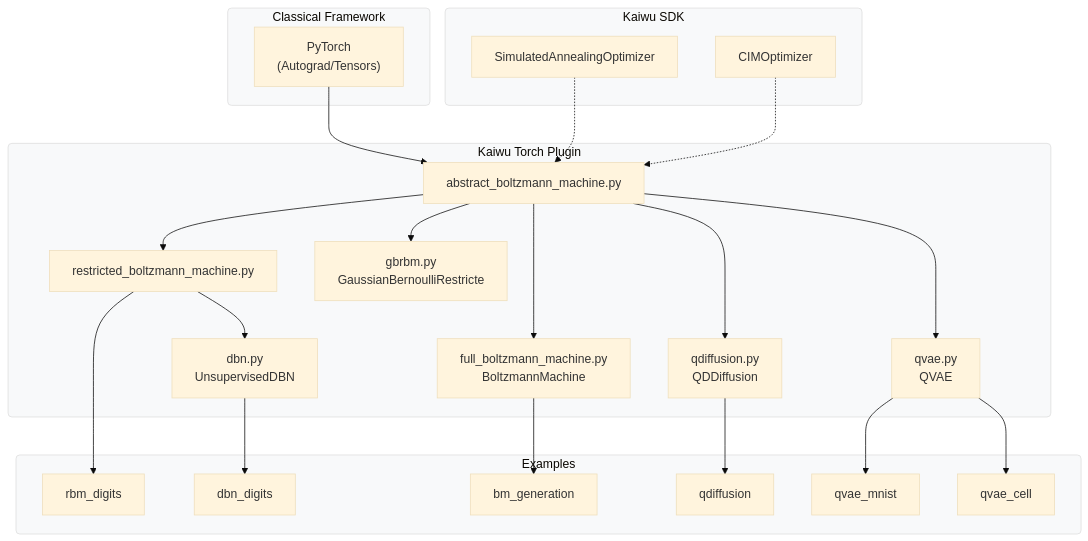
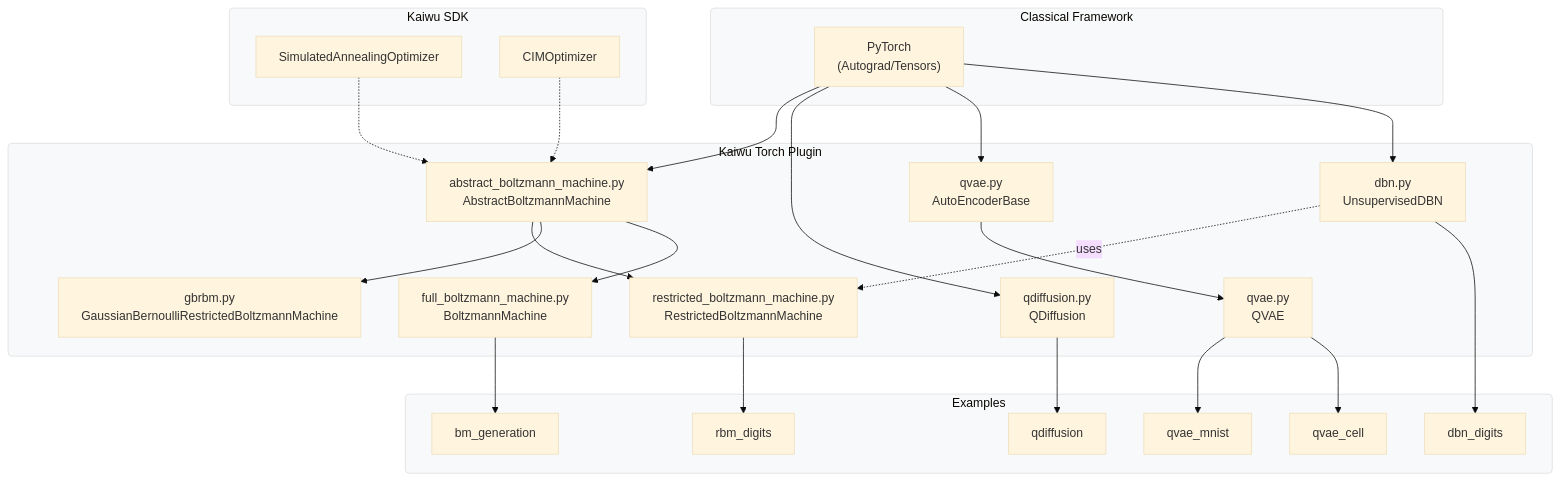
The diagram in README.md (qboson/kaiwu-pytorch-plugin), drawn with Mermaid (base theme) before and after one commit. The commit also changed 1 other file, not shown here.

Commit message:
docs: align architecture diagrams with the plugin classes

````diff
--- a/README.md
+++ b/README.md
@@ -19,64 +19,67 @@
 ```mermaid
 graph TD
     %% 定义子图样式（可选）
     classDef subGraph fill:#f8f9fa,stroke:#ddd,stroke-width:1px,rx:5,ry:5;
 
     subgraph Classical_Framework ["Classical Framework"]
         PyTorch["PyTorch<br>(Autograd/Tensors)"]:::node
     end
 
     %% 1. 右上模块名字只需要保留 Kaiwu SDK
     subgraph Kaiwu_SDK ["Kaiwu SDK"]
         SA["SimulatedAnnealingOptimizer"]:::node
         CIM["CIMOptimizer"]:::node
     end
 
     %% 2. 中间模块名字显示完整：Kaiwu Torch Plugin
     subgraph Torch_Plugin ["Kaiwu Torch Plugin"]
-        Abstract["abstract_boltzmann_machine.py"]:::node
-        RBM["restricted_boltzmann_machine.py"]:::node
-        GBRBM["gbrbm.py<br>GaussianBernoulliRestricte"]:::node
+        Abstract["abstract_boltzmann_machine.py<br>AbstractBoltzmannMachine"]:::node
+        RBM["restricted_boltzmann_machine.py<br>RestrictedBoltzmannMachine"]:::node
+        GBRBM["gbrbm.py<br>GaussianBernoulliRestrictedBoltzmannMachine"]:::node
         FullBM["full_boltzmann_machine.py<br>BoltzmannMachine"]:::node
-        QDiff["qdiffusion.py<br>QDDiffusion"]:::node
+        QDiff["qdiffusion.py<br>QDiffusion"]:::node
+        AutoEncoder["qvae.py<br>AutoEncoderBase"]:::node
         QVAE["qvae.py<br>QVAE"]:::node
         
         %% 3. dbn.py 作为 RBM 的下链，且保持在 Kaiwu Torch Plugin 层中
         DBN["dbn.py<br>UnsupervisedDBN"]:::node
     end
 
     %% 4. 最下面模块名字为 Examples，不需要 "[]"
     subgraph Examples
         rbm_digits["rbm_digits"]:::node
         dbn_digits["dbn_digits"]:::node
         bm_generation["bm_generation"]:::node
         qdiffusion["qdiffusion"]:::node
         qvae_mnist["qvae_mnist"]:::node
         qvae_cell["qvae_cell"]:::node
     end
 
     %% -------- 连线逻辑 --------
     %% 上层框架指向插件
     PyTorch --> Abstract
+    PyTorch --> QDiff
+    PyTorch --> AutoEncoder
+    PyTorch --> DBN
     SA -.-> Abstract
     CIM -.-> Abstract
 
-    %% 插件层内部的继承/实现关系
+    %% 插件类之间的继承关系
     Abstract --> RBM
     Abstract --> GBRBM
     Abstract --> FullBM
-    Abstract --> QDiff
-    Abstract --> QVAE
+    AutoEncoder --> QVAE
 
-    RBM --> DBN
+    DBN -. uses .-> RBM
 
     %% 插件层指向示例层
     RBM --> rbm_digits
     DBN --> dbn_digits
     FullBM --> bm_generation
     QDiff --> qdiffusion
     QVAE --> qvae_mnist
     QVAE --> qvae_cell
 
     %% 应用子图背景样式
     class Classical_Framework,Kaiwu_SDK,Torch_Plugin,Examples subGraph;
 ```
````
